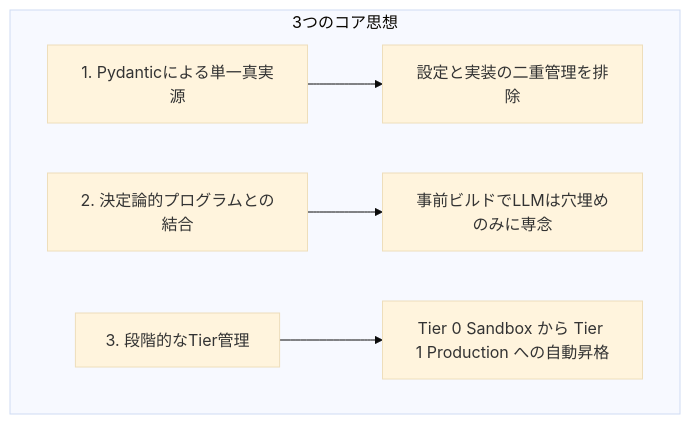
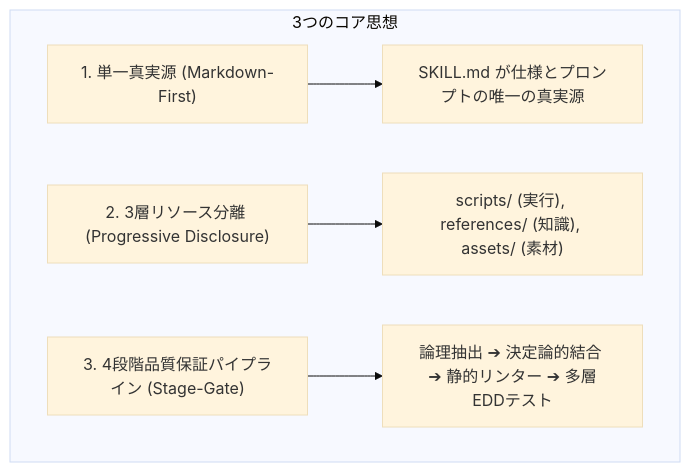
The diagram in README.md (magic-sword/skill-edd-agent), drawn with Mermaid (base theme) before and after one commit. The commit also changed other lines of this file and 38 other files, not shown here.

````diff
--- a/README.md
+++ b/README.md
@@ -30,8 +28,8 @@
 ```mermaid
 flowchart TD
     subgraph Core_Concepts [3つのコア思想]
-        A[1. Pydanticによる単一真実源] --> A1[設定と実装の二重管理を排除]
-        B[2. 決定論的プログラムとの結合] --> B1[事前ビルドでLLMは穴埋めのみに専念]
-        C[3. 段階的なTier管理] --> C1[Tier 0 Sandbox から Tier 1 Production への自動昇格]
+        A["1. 単一真実源 (Markdown-First)"] --> A1["SKILL.md が仕様とプロンプトの唯一の真実源"]
+        B["2. 3層リソース分離 (Progressive Disclosure)"] --> B1["scripts/ (実行), references/ (知識), assets/ (素材)"]
+        C["3. 4段階品質保証パイプライン (Stage-Gate)"] --> C1["論理抽出 ➔ 決定論的結合 ➔ 静的リンター ➔ 多層EDDテスト"]
     end
 ```
````
